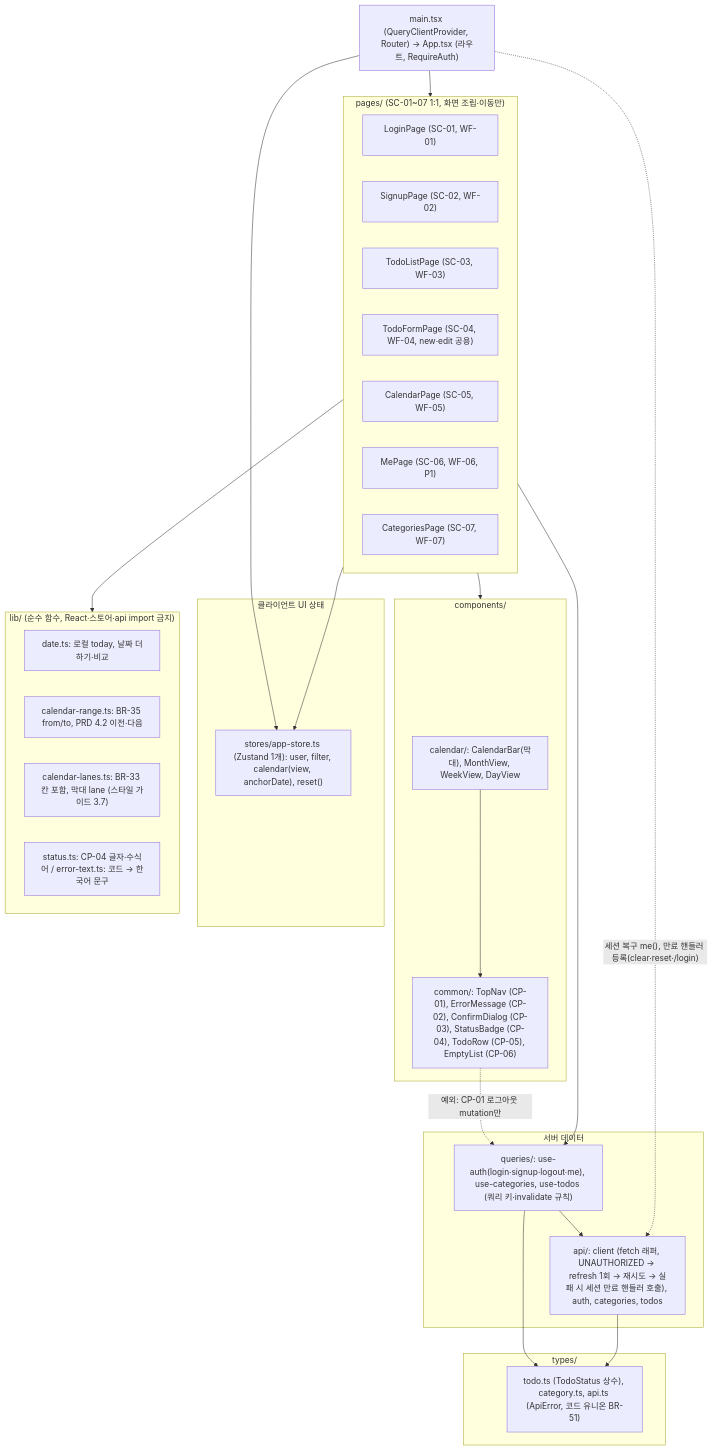
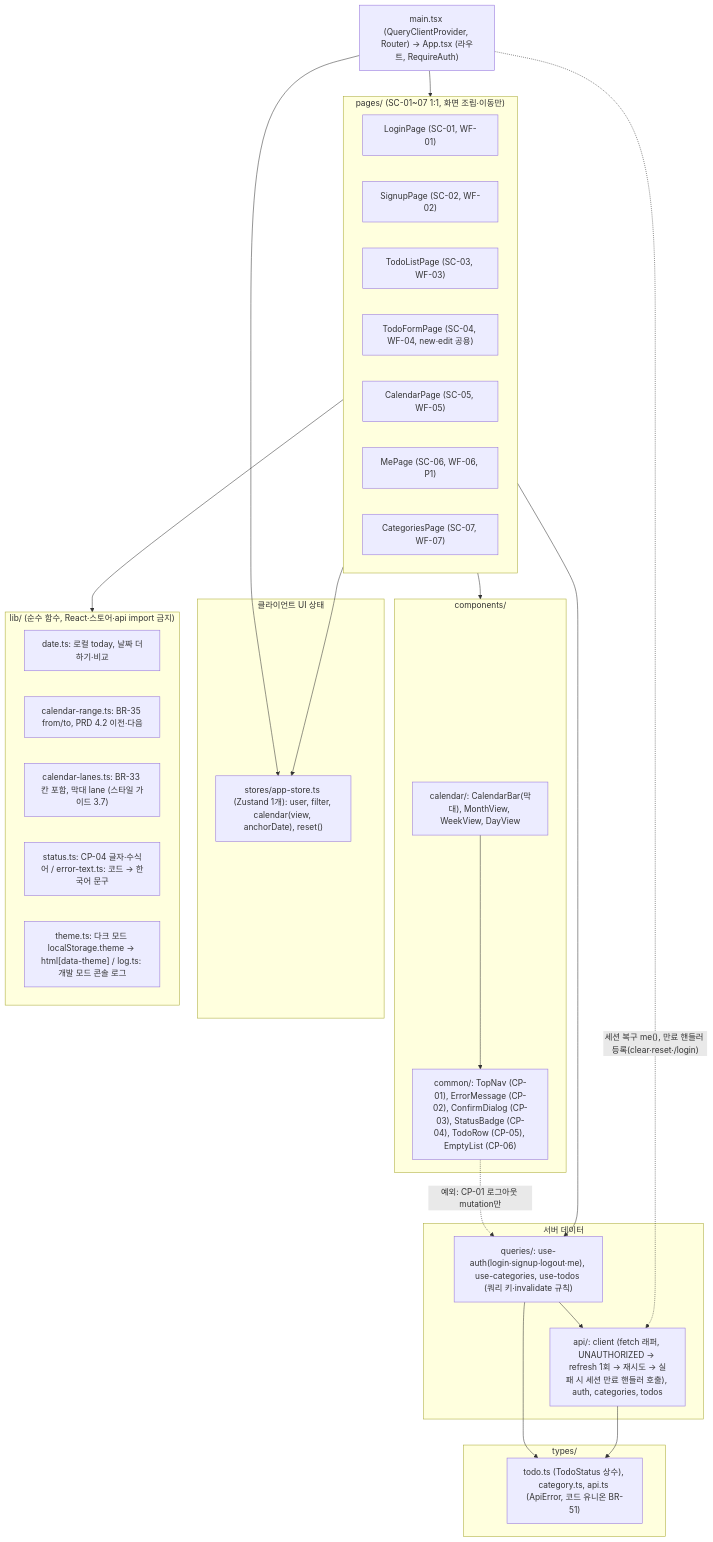
Before and after one commit to okbaronok2-tech/todolist_app: the third of 15 diagrams in docs/6-arch-diagram.md, drawn with Mermaid. The commit also changed other lines of this file and 75 other files, not shown here.

````diff
--- a/docs/6-arch-diagram.md
+++ b/docs/6-arch-diagram.md
@@ -100,50 +101,51 @@
 ```mermaid
 flowchart TB
     subgraph PAGES["pages/ (SC-01~07 1:1, 화면 조립·이동만)"]
         P1["LoginPage (SC-01, WF-01)"]
         P2["SignupPage (SC-02, WF-02)"]
         P3["TodoListPage (SC-03, WF-03)"]
         P4["TodoFormPage (SC-04, WF-04, new·edit 공용)"]
         P5["CalendarPage (SC-05, WF-05)"]
         P6["MePage (SC-06, WF-06, P1)"]
         P7["CategoriesPage (SC-07, WF-07)"]
     end
 
     subgraph COMP["components/"]
         CAL["calendar/: CalendarBar(막대), MonthView, WeekView, DayView"]
         CMN["common/: TopNav (CP-01), ErrorMessage (CP-02), ConfirmDialog (CP-03), StatusBadge (CP-04), TodoRow (CP-05), EmptyList (CP-06)"]
     end
 
     subgraph DATA["서버 데이터"]
         Q["queries/: use-auth(login·signup·logout·me), use-categories, use-todos (쿼리 키·invalidate 규칙)"]
         API["api/: client (fetch 래퍼, UNAUTHORIZED → refresh 1회 → 재시도 → 실패 시 세션 만료 핸들러 호출), auth, categories, todos"]
     end
 
     subgraph STATE["클라이언트 UI 상태"]
         ST["stores/app-store.ts (Zustand 1개): user, filter, calendar(view, anchorDate), reset()"]
     end
 
     subgraph LIB["lib/ (순수 함수, React·스토어·api import 금지)"]
         L1["date.ts: 로컬 today, 날짜 더하기·비교"]
         L2["calendar-range.ts: BR-35 from/to, PRD 4.2 이전·다음"]
         L3["calendar-lanes.ts: BR-33 칸 포함, 막대 lane (스타일 가이드 3.7)"]
         L4["status.ts: CP-04 글자·수식어 / error-text.ts: 코드 → 한국어 문구"]
+        L5["theme.ts: 다크 모드 localStorage.theme → html[data-theme] / log.ts: 개발 모드 콘솔 로그"]
     end
 
     subgraph TYPES["types/"]
         T["todo.ts (TodoStatus 상수), category.ts, api.ts (ApiError, 코드 유니온 BR-51)"]
     end
 
     ROOT["main.tsx (QueryClientProvider, Router) → App.tsx (라우트, RequireAuth)"] --> PAGES
     PAGES --> COMP
     PAGES --> Q
     PAGES --> ST
     PAGES --> LIB
     CAL --> CMN
     CMN -.->|"예외: CP-01 로그아웃 mutation만"| Q
     Q --> API
     ROOT -.->|"세션 복구 me(), 만료 핸들러 등록(clear·reset·/login)"| API
     ROOT --> ST
     Q --> T
     API --> T
 ```
````
